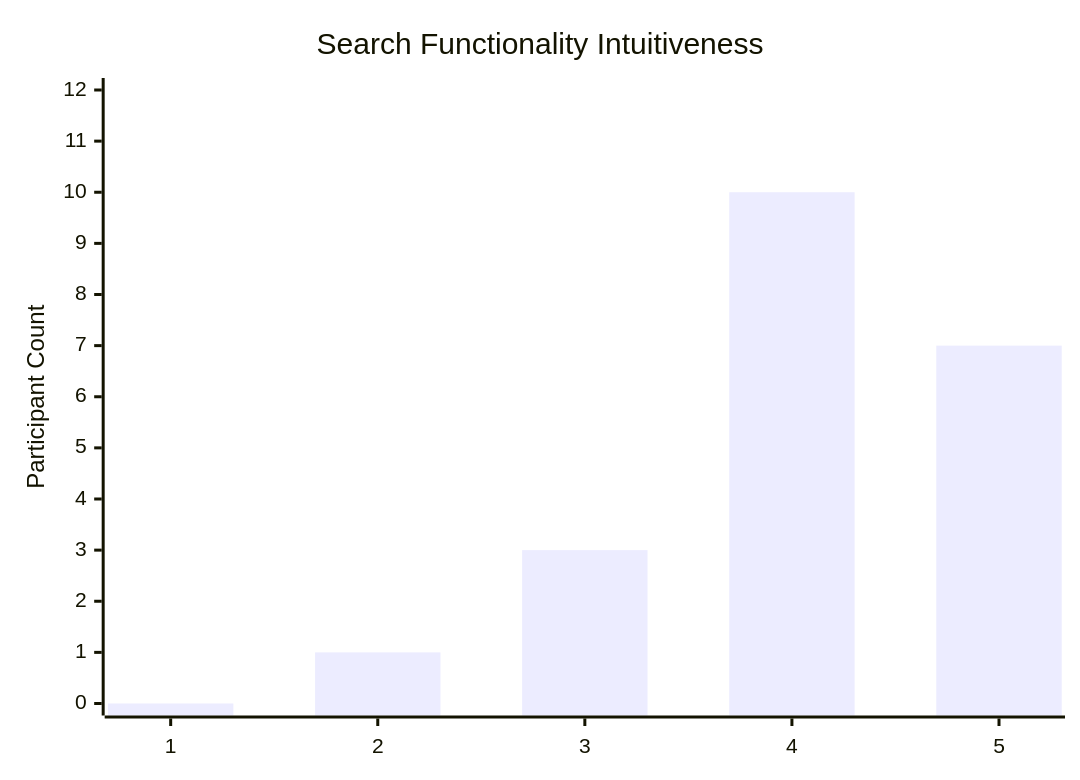
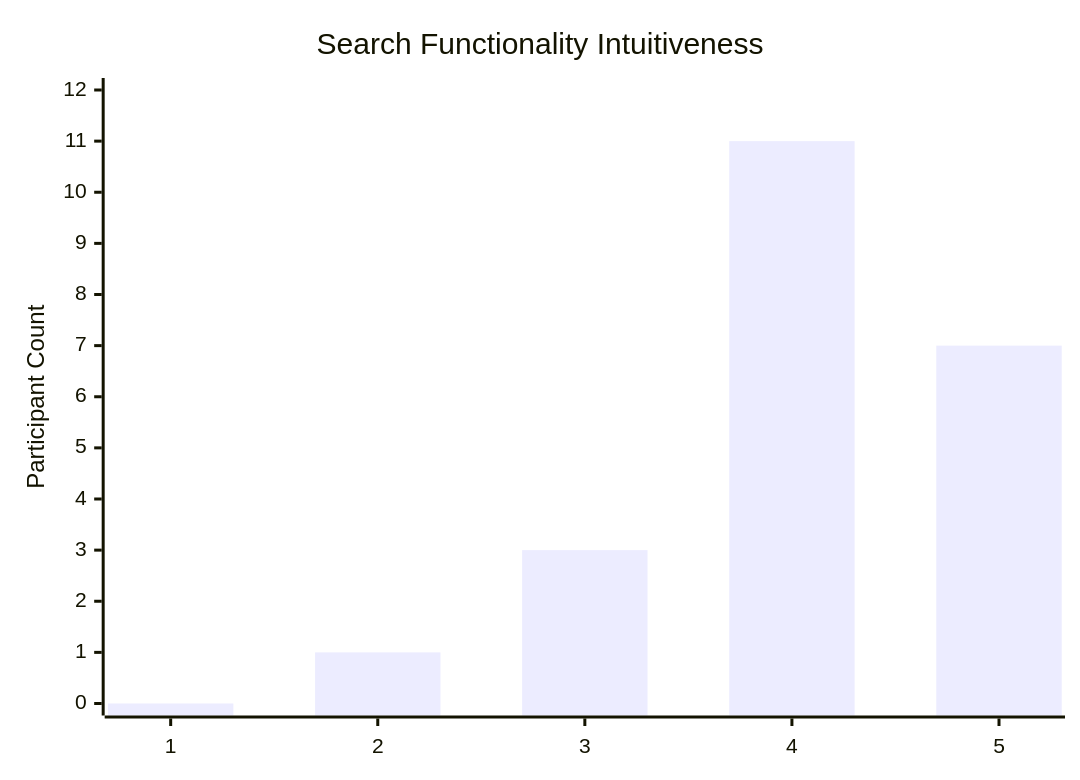
The sixth of 15 diagrams in Search/README.md (anonym-evalpro/EvalPro), drawn with Mermaid before and after one commit. The commit also changed other lines of this file and 1 other file, not shown here.

````diff
--- a/Search/README.md
+++ b/Search/README.md
@@ -66,7 +66,7 @@
        ```mermaid
         xychart-beta
         title "Search Functionality Intuitiveness"
         x-axis ["1", "2", "3", "4", "5"]
         y-axis "Participant Count" 0 --> 12
-        bar [0, 1, 3, 10, 7]
+        bar [0, 1, 3, 11, 7]
        ```
````
